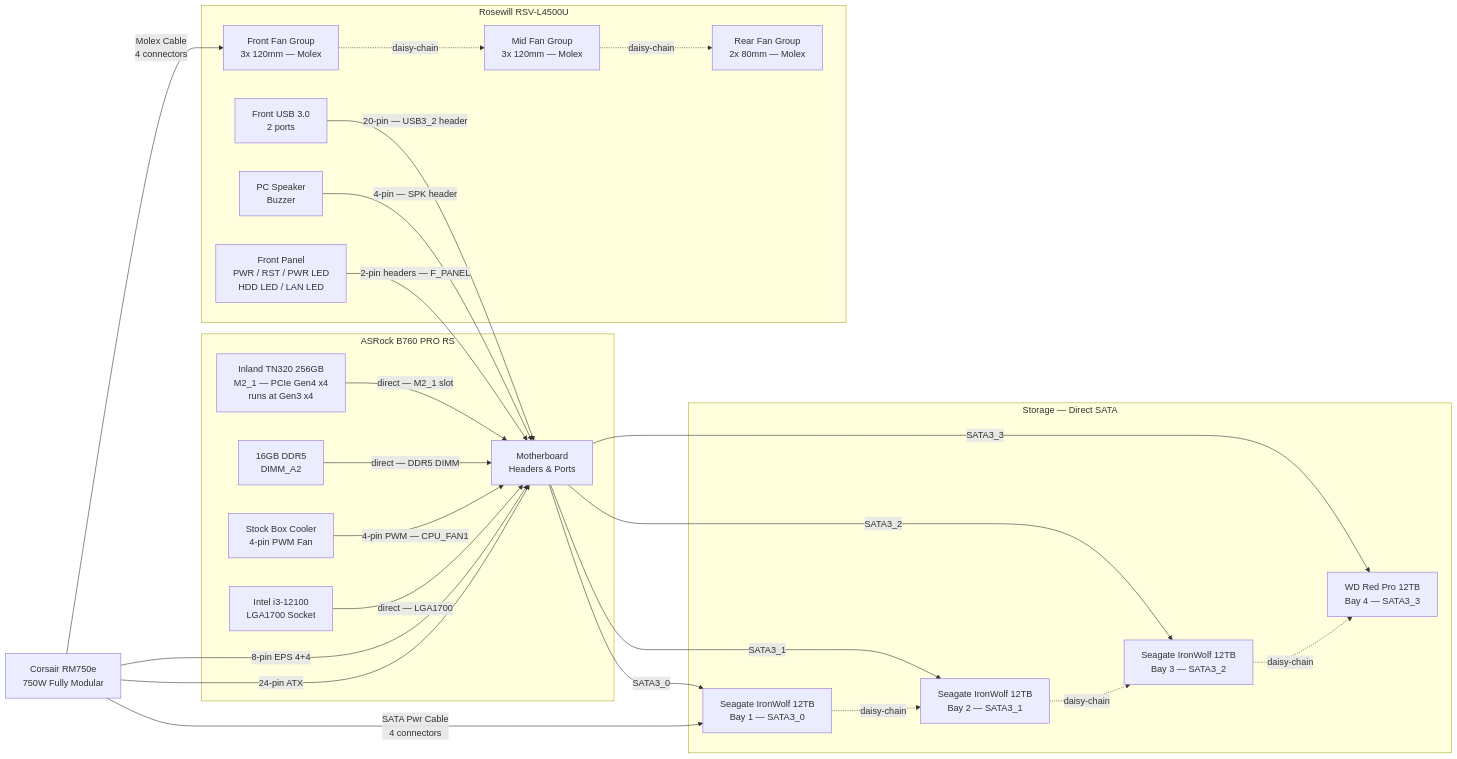
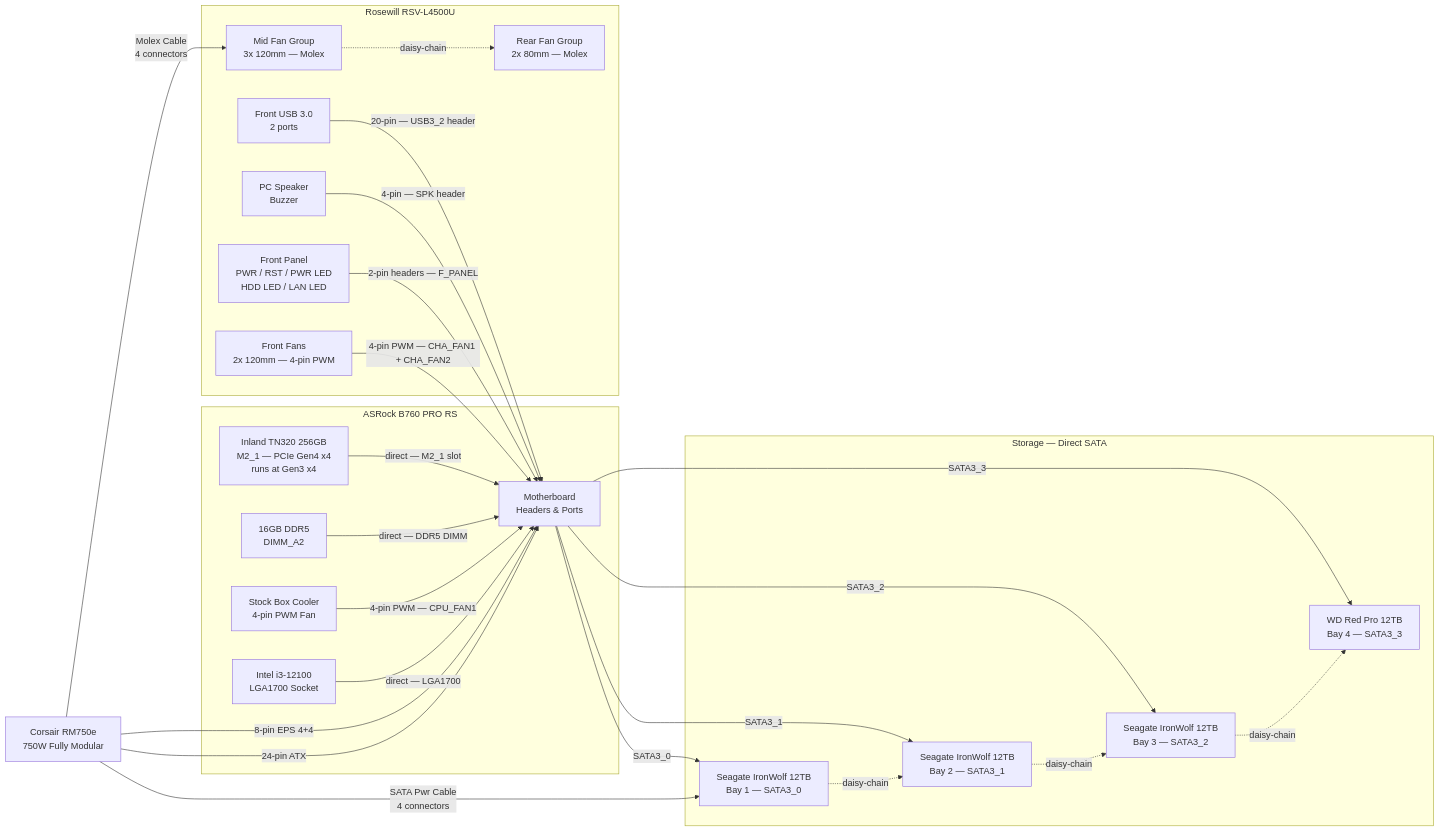
The first of 5 diagrams in WIRING.md (CHammerData/Home_Lab_Setup), drawn with Mermaid before and after one commit. The commit also changed other lines of this file, not shown here.

First line of the commit message:
Update fan wiring — front fans are 4-pin PWM, not Molex

````diff
--- a/WIRING.md
+++ b/WIRING.md
@@ -15,56 +15,56 @@
 ```mermaid
 graph LR
     PSU["Corsair RM750e\n750W Fully Modular"]
 
     subgraph MB_SG["ASRock B760 PRO RS"]
         MB["Motherboard\nHeaders & Ports"]
         CPU["Intel i3-12100\nLGA1700 Socket"]
         COOLER["Stock Box Cooler\n4-pin PWM Fan"]
         RAM["16GB DDR5\nDIMM_A2"]
         SSD["Inland TN320 256GB\nM2_1 — PCIe Gen4 x4\nruns at Gen3 x4"]
     end
 
     subgraph HDDS["Storage — Direct SATA"]
         HDD1["Seagate IronWolf 12TB\nBay 1 — SATA3_0"]
         HDD2["Seagate IronWolf 12TB\nBay 2 — SATA3_1"]
         HDD3["Seagate IronWolf 12TB\nBay 3 — SATA3_2"]
         HDD4["WD Red Pro 12TB\nBay 4 — SATA3_3"]
     end
 
     subgraph CASE["Rosewill RSV-L4500U"]
-        FG_F["Front Fan Group\n3x 120mm — Molex"]
+        FG_F["Front Fans\n2x 120mm — 4-pin PWM"]
         FG_M["Mid Fan Group\n3x 120mm — Molex"]
         FG_R["Rear Fan Group\n2x 80mm — Molex"]
         FP["Front Panel\nPWR / RST / PWR LED\nHDD LED / LAN LED"]
         SPK["PC Speaker\nBuzzer"]
         USB_FP["Front USB 3.0\n2 ports"]
     end
 
     %% ── POWER ───────────────────────────────────────────────────
     PSU -->|"24-pin ATX"| MB
     PSU -->|"8-pin EPS 4+4"| MB
     PSU -->|"SATA Pwr Cable\n4 connectors"| HDD1
     HDD1 -.->|"daisy-chain"| HDD2
     HDD2 -.->|"daisy-chain"| HDD3
     HDD3 -.->|"daisy-chain"| HDD4
-    PSU -->|"Molex Cable\n4 connectors"| FG_F
-    FG_F -.->|"daisy-chain"| FG_M
+    PSU -->|"Molex Cable\n4 connectors"| FG_M
     FG_M -.->|"daisy-chain"| FG_R
 
     %% ── CPU / COOLER / RAM / SSD ─────────────────────────────────
     CPU -->|"direct — LGA1700"| MB
     COOLER -->|"4-pin PWM — CPU_FAN1"| MB
+    FG_F -->|"4-pin PWM — CHA_FAN1 + CHA_FAN2"| MB
     RAM -->|"direct — DDR5 DIMM"| MB
     SSD -->|"direct — M2_1 slot"| MB
 
     %% ── SATA DATA ────────────────────────────────────────────────
     MB -->|"SATA3_0"| HDD1
     MB -->|"SATA3_1"| HDD2
     MB -->|"SATA3_2"| HDD3
     MB -->|"SATA3_3"| HDD4
 
     %% ── FRONT PANEL ──────────────────────────────────────────────
     FP -->|"2-pin headers — F_PANEL"| MB
     SPK -->|"4-pin — SPK header"| MB
     USB_FP -->|"20-pin — USB3_2 header"| MB
 ```
````
